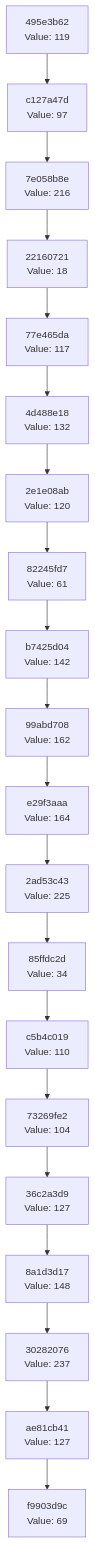
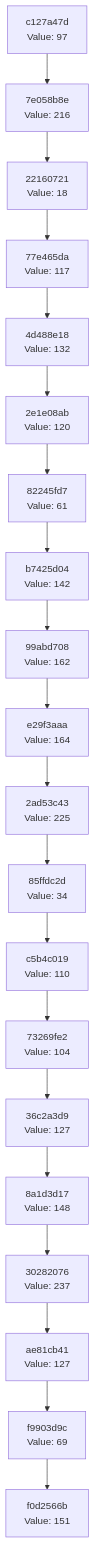
The diagram in docs/CHAIN_VISUALIZATION.md (Abhisheksinha1506/hash-chain-evolver), drawn with Mermaid before and after one commit. The commit also changed 2 other files, not shown here.

Commit message:
Evolution step: hash 0x97 → action executed

````diff
--- a/docs/CHAIN_VISUALIZATION.md
+++ b/docs/CHAIN_VISUALIZATION.md
@@ -3,42 +3,42 @@
 ```mermaid
 graph TD
-    C0["f9903d9c<br/>Value: 69"]
-    C1["ae81cb41<br/>Value: 127"]
+    C0["f0d2566b<br/>Value: 151"]
+    C1["f9903d9c<br/>Value: 69"]
     C1 --> C0
-    C2["30282076<br/>Value: 237"]
+    C2["ae81cb41<br/>Value: 127"]
     C2 --> C1
-    C3["8a1d3d17<br/>Value: 148"]
+    C3["30282076<br/>Value: 237"]
     C3 --> C2
-    C4["36c2a3d9<br/>Value: 127"]
+    C4["8a1d3d17<br/>Value: 148"]
     C4 --> C3
-    C5["73269fe2<br/>Value: 104"]
+    C5["36c2a3d9<br/>Value: 127"]
     C5 --> C4
-    C6["c5b4c019<br/>Value: 110"]
+    C6["73269fe2<br/>Value: 104"]
     C6 --> C5
-    C7["85ffdc2d<br/>Value: 34"]
+    C7["c5b4c019<br/>Value: 110"]
     C7 --> C6
-    C8["2ad53c43<br/>Value: 225"]
+    C8["85ffdc2d<br/>Value: 34"]
     C8 --> C7
-    C9["e29f3aaa<br/>Value: 164"]
+    C9["2ad53c43<br/>Value: 225"]
     C9 --> C8
-    C10["99abd708<br/>Value: 162"]
+    C10["e29f3aaa<br/>Value: 164"]
     C10 --> C9
-    C11["b7425d04<br/>Value: 142"]
+    C11["99abd708<br/>Value: 162"]
     C11 --> C10
-    C12["82245fd7<br/>Value: 61"]
+    C12["b7425d04<br/>Value: 142"]
     C12 --> C11
-    C13["2e1e08ab<br/>Value: 120"]
+    C13["82245fd7<br/>Value: 61"]
     C13 --> C12
-    C14["4d488e18<br/>Value: 132"]
+    C14["2e1e08ab<br/>Value: 120"]
     C14 --> C13
-    C15["77e465da<br/>Value: 117"]
+    C15["4d488e18<br/>Value: 132"]
     C15 --> C14
-    C16["22160721<br/>Value: 18"]
+    C16["77e465da<br/>Value: 117"]
     C16 --> C15
-    C17["7e058b8e<br/>Value: 216"]
+    C17["22160721<br/>Value: 18"]
     C17 --> C16
-    C18["c127a47d<br/>Value: 97"]
+    C18["7e058b8e<br/>Value: 216"]
     C18 --> C17
-    C19["495e3b62<br/>Value: 119"]
+    C19["c127a47d<br/>Value: 97"]
     C19 --> C18
 ```
````
